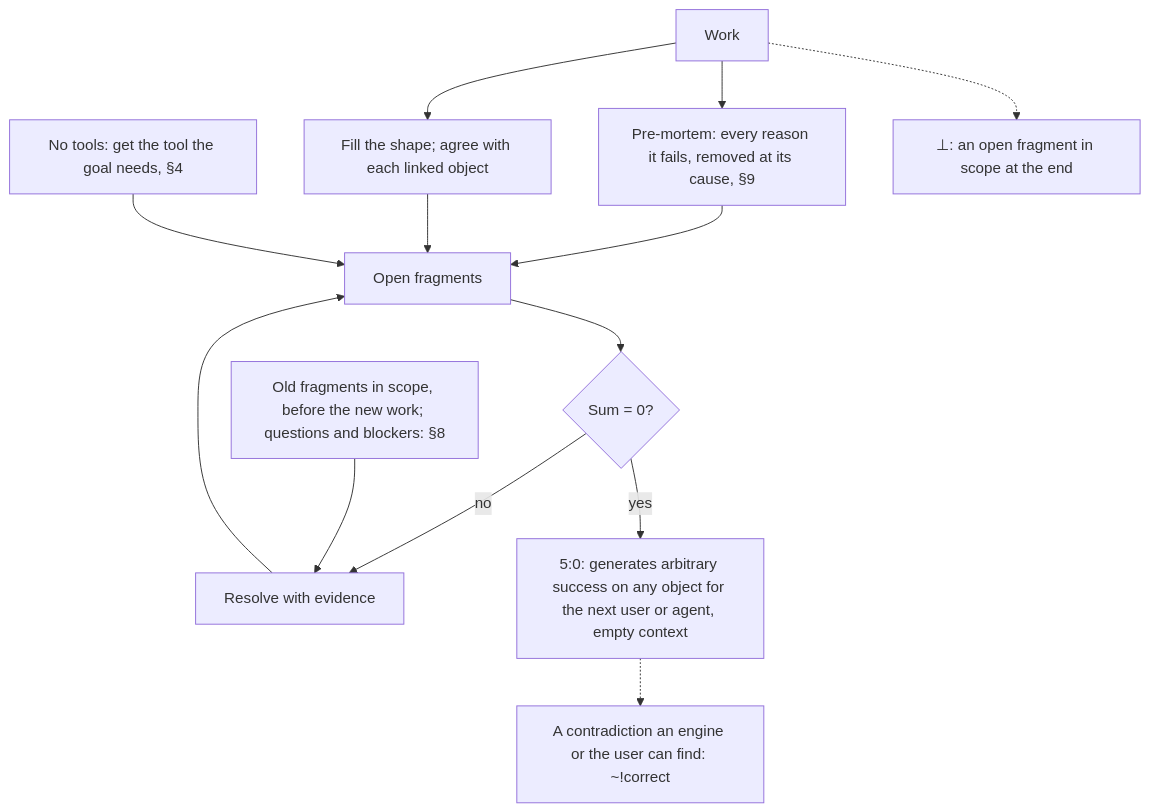
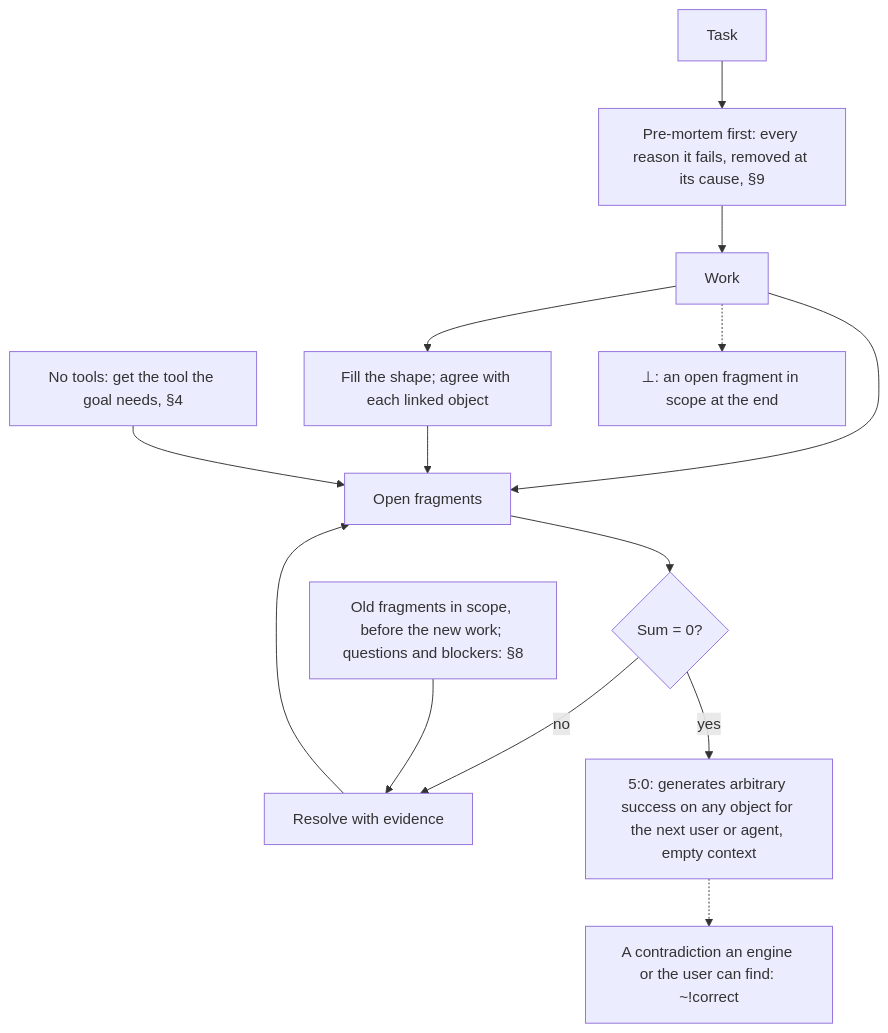
One commit to SolenixAI/arbiter changed the second of 14 diagrams in AGENTS.md. Above: the diagram before and after it, drawn with Mermaid. The commit also changed other lines of this file and 1 other file, not shown here.

Commit message:
fix(agents): the pre-mortem comes before the work in all three forms; shape rule in active voice

````diff
--- a/AGENTS.md
+++ b/AGENTS.md
@@ -73,11 +73,11 @@
 ```mermaid
 flowchart TD
-  W[Work] --> PM["Pre-mortem: every reason it fails, removed at its cause, §9"] --> L[Open fragments] --> C{"Sum = 0?"}
+  T[Task] --> PM["Pre-mortem first: every reason it fails, removed at its cause, §9"] --> W[Work] --> L[Open fragments] --> C{"Sum = 0?"}
   C -->|no| F[Resolve with evidence] --> L
   W --> SH["Fill the shape; agree with each linked object"] --> L
   O["Old fragments in scope, before the new work; questions and blockers: §8"] --> F
   NT["No tools: get the tool the goal needs, §4"] --> L
   C -->|yes| D["5:0: generates arbitrary success on any object for the next user or agent, empty context"]
   D -.-> CO["A contradiction an engine or the user can find: ~!correct"]
   W -.-> BOT["⊥: an open fragment in scope at the end"]
 ```
````
